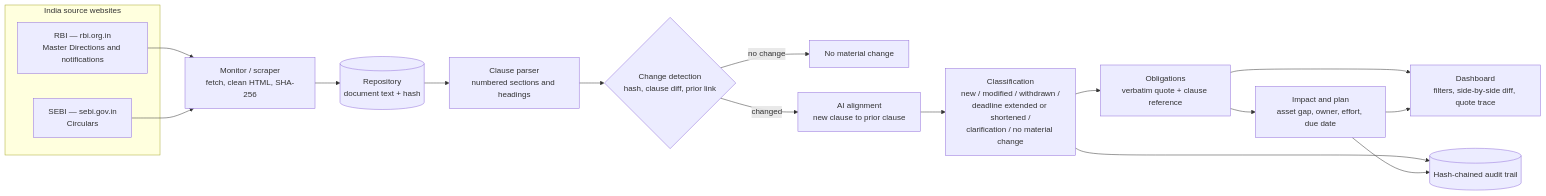
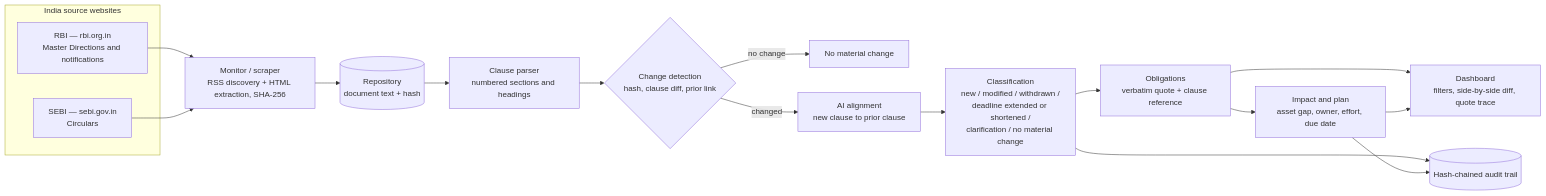
The diagram in README.md (Electronica-dev/azentio-hackathon), drawn with Mermaid before and after one commit. The commit also changed other lines of this file and 3 other files, not shown here.

First line of the commit message:
feat: RSS-based discovery for RBI and SEBI

````diff
--- a/README.md
+++ b/README.md
@@ -36,22 +36,22 @@
 ```mermaid
 flowchart LR
     subgraph SRC["India source websites"]
         RBI["RBI — rbi.org.in<br/>Master Directions and notifications"]
         SEBI["SEBI — sebi.gov.in<br/>Circulars"]
     end
 
-    RBI --> MON["Monitor / scraper<br/>fetch, clean HTML, SHA-256"]
+    RBI --> MON["Monitor / scraper<br/>RSS discovery + HTML extraction, SHA-256"]
     SEBI --> MON
     MON --> REPO[("Repository<br/>document text + hash")]
     REPO --> PARSE["Clause parser<br/>numbered sections and headings"]
     PARSE --> DETECT{"Change detection<br/>hash, clause diff, prior link"}
     DETECT -- "no change" --> NONE["No material change"]
     DETECT -- "changed" --> ALIGN["AI alignment<br/>new clause to prior clause"]
     ALIGN --> CLASS["Classification<br/>new / modified / withdrawn /<br/>deadline extended or shortened /<br/>clarification / no material change"]
     CLASS --> OBL["Obligations<br/>verbatim quote + clause reference"]
     OBL --> IMPACT["Impact and plan<br/>asset gap, owner, effort, due date"]
     OBL --> UI["Dashboard<br/>filters, side-by-side diff, quote trace"]
     IMPACT --> UI
     CLASS --> AUDIT[("Hash-chained audit trail")]
     IMPACT --> AUDIT
 ```
````
